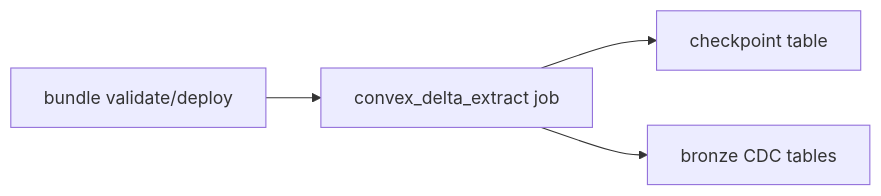
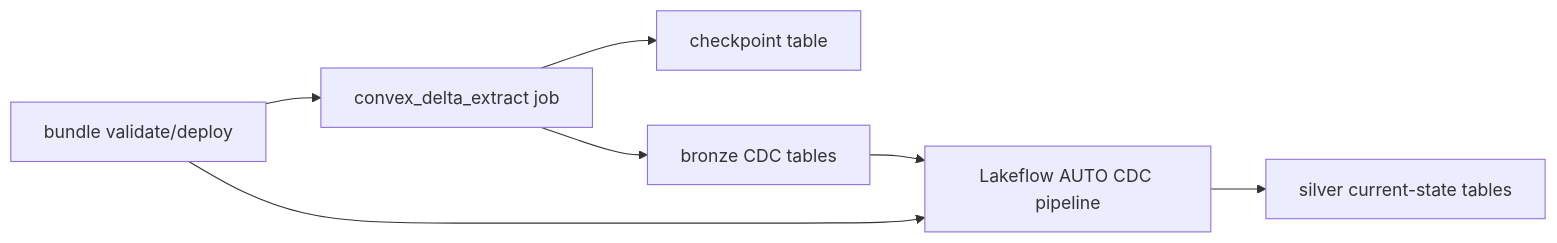
One commit to shpitdev/convex-streaming-olap-export changed the second of 2 diagrams in platform/databricks/delta/README.md. Above: the diagram before and after it, drawn with Mermaid. The commit also changed other lines of this file and 3 other files, not shown here.

````diff
--- a/platform/databricks/delta/README.md
+++ b/platform/databricks/delta/README.md
@@ -98,10 +98,15 @@
 ```mermaid
 flowchart LR
   B[bundle validate/deploy]
   J[convex_delta_extract job]
   C[checkpoint table]
   T[bronze CDC tables]
+  P[Lakeflow AUTO CDC pipeline]
+  S[silver current-state tables]
   B --> J
+  B --> P
   J --> C
   J --> T
+  T --> P
+  P --> S
 ```
````
